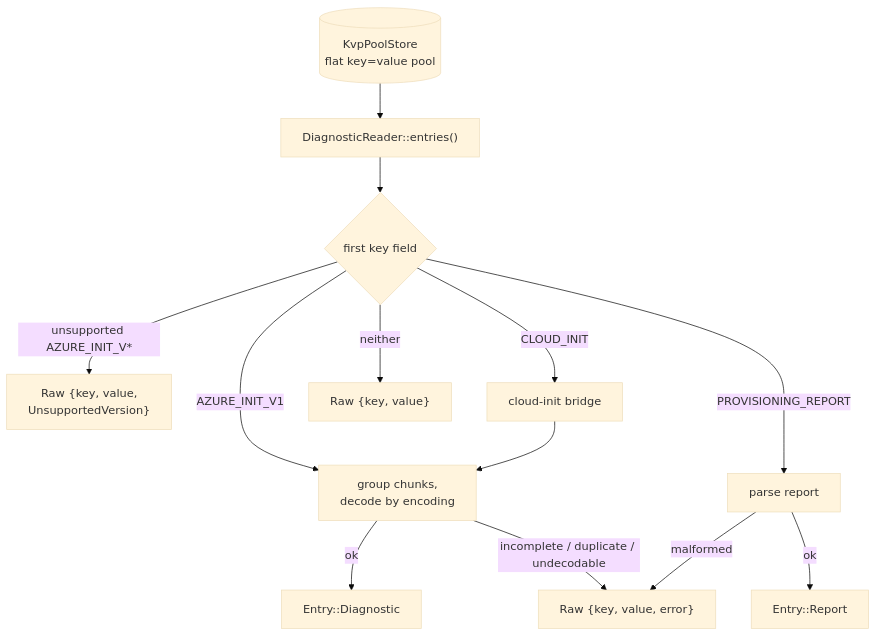
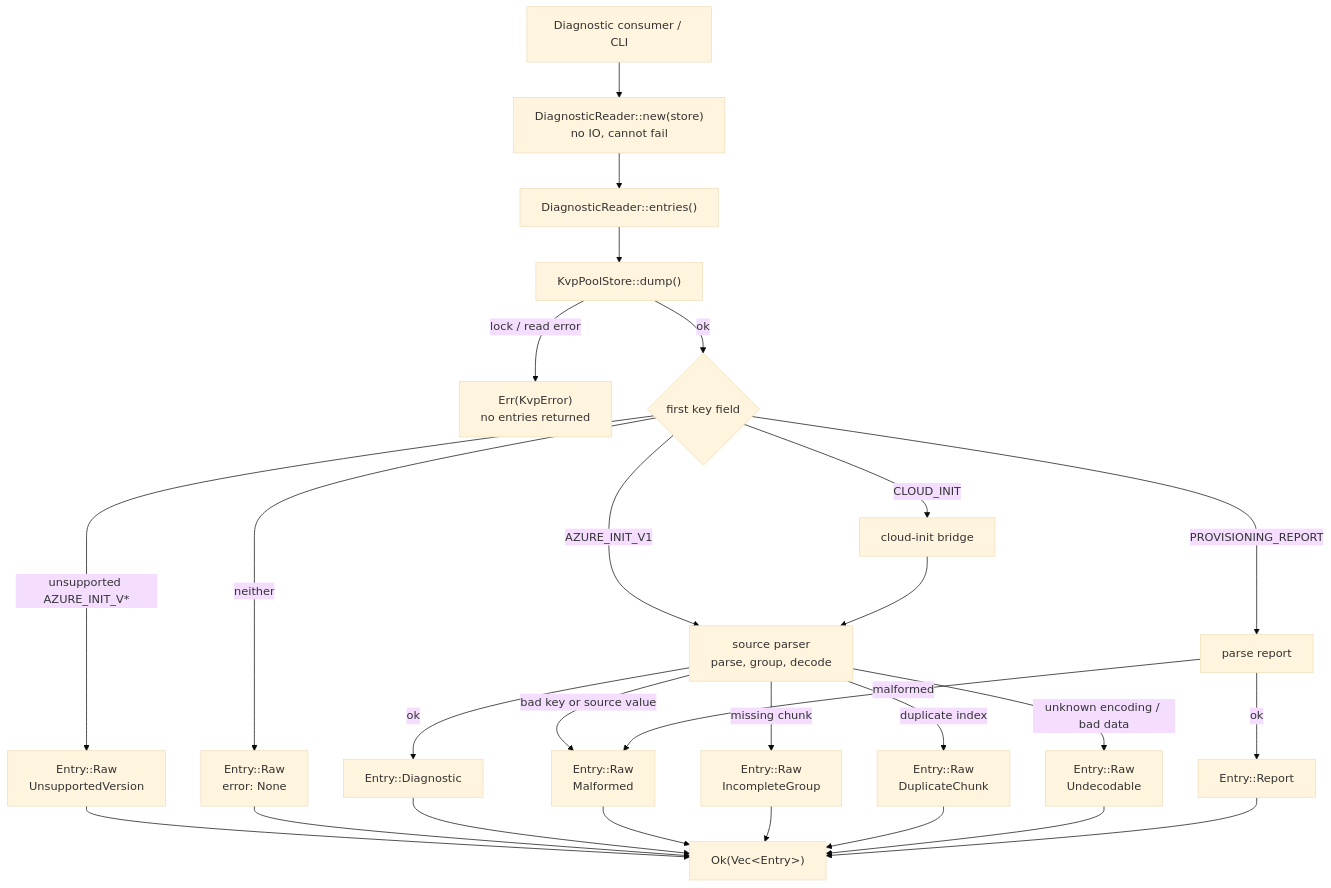
The second of 2 diagrams in libazureinit-kvp/diagnostics-proposal.md (peytonr18/azure-init), drawn with Mermaid (base theme) before and after one commit. The commit also changed other lines of this file, not shown here.

Commit message:
docs(kvp): improve error handling paths in diagrams

````diff
--- a/libazureinit-kvp/diagnostics-proposal.md
+++ b/libazureinit-kvp/diagnostics-proposal.md
@@ -261,15 +271,29 @@
 ```mermaid
 flowchart TD
-  store[("KvpPoolStore<br/>flat key=value pool")] --> reader["DiagnosticReader::entries()"]
-  reader --> cls{"first key field"}
-  cls -->|"AZURE_INIT_V1"| dec["group chunks,<br/>decode by encoding"]
-  cls -->|"unsupported AZURE_INIT_V*"| rawver["Raw {key, value,<br/>UnsupportedVersion}"]
+  client["Diagnostic consumer / CLI"] --> new["DiagnosticReader::new(store)<br/>no IO, cannot fail"]
+  new --> entries["DiagnosticReader::entries()"]
+  entries --> dump["KvpPoolStore::dump()"]
+  dump -->|"lock / read error"| readerr["Err(KvpError)<br/>no entries returned"]
+  dump -->|"ok"| cls{"first key field"}
+  cls -->|"AZURE_INIT_V1"| dec["source parser<br/>parse, group, decode"]
+  cls -->|"unsupported AZURE_INIT_V*"| rawver["Entry::Raw<br/>UnsupportedVersion"]
   cls -->|"CLOUD_INIT"| bridge["cloud-init bridge"]
   bridge --> dec
   cls -->|"PROVISIONING_REPORT"| rep["parse report"]
-  cls -->|"neither"| raw["Raw {key, value}"]
+  cls -->|"neither"| raw["Entry::Raw<br/>error: None"]
   dec -->|"ok"| diag["Entry::Diagnostic"]
-  dec -->|"incomplete / duplicate / undecodable"| rawerr["Raw {key, value, error}"]
+  dec -->|"bad key or source value"| malformed["Entry::Raw<br/>Malformed"]
+  dec -->|"missing chunk"| incomplete["Entry::Raw<br/>IncompleteGroup"]
+  dec -->|"duplicate index"| duplicate["Entry::Raw<br/>DuplicateChunk"]
+  dec -->|"unknown encoding / bad data"| undecodable["Entry::Raw<br/>Undecodable"]
   rep -->|"ok"| repe["Entry::Report"]
-  rep -->|"malformed"| rawerr
+  rep -->|"malformed"| malformed
+  rawver --> out["Ok(Vec&lt;Entry&gt;)"]
+  raw --> out
+  diag --> out
+  malformed --> out
+  incomplete --> out
+  duplicate --> out
+  undecodable --> out
+  repe --> out
 ```
````
